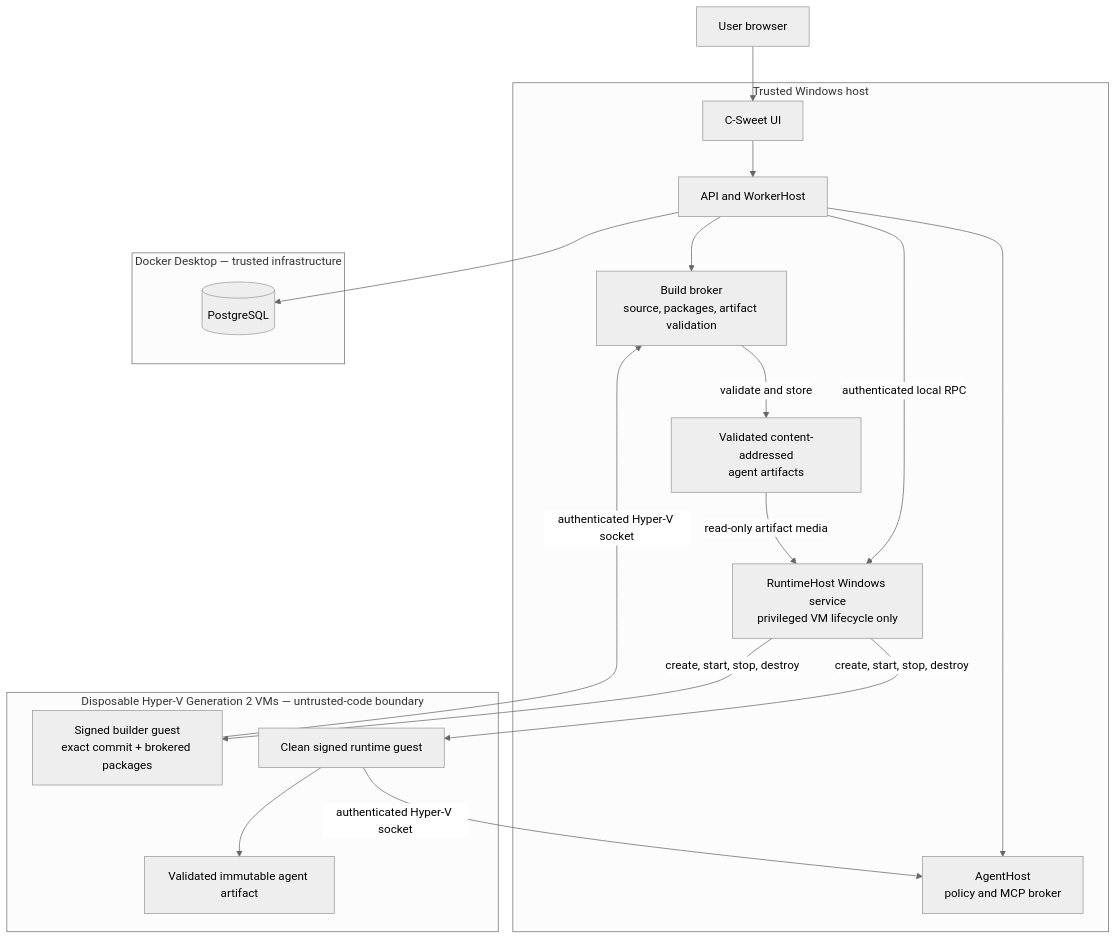
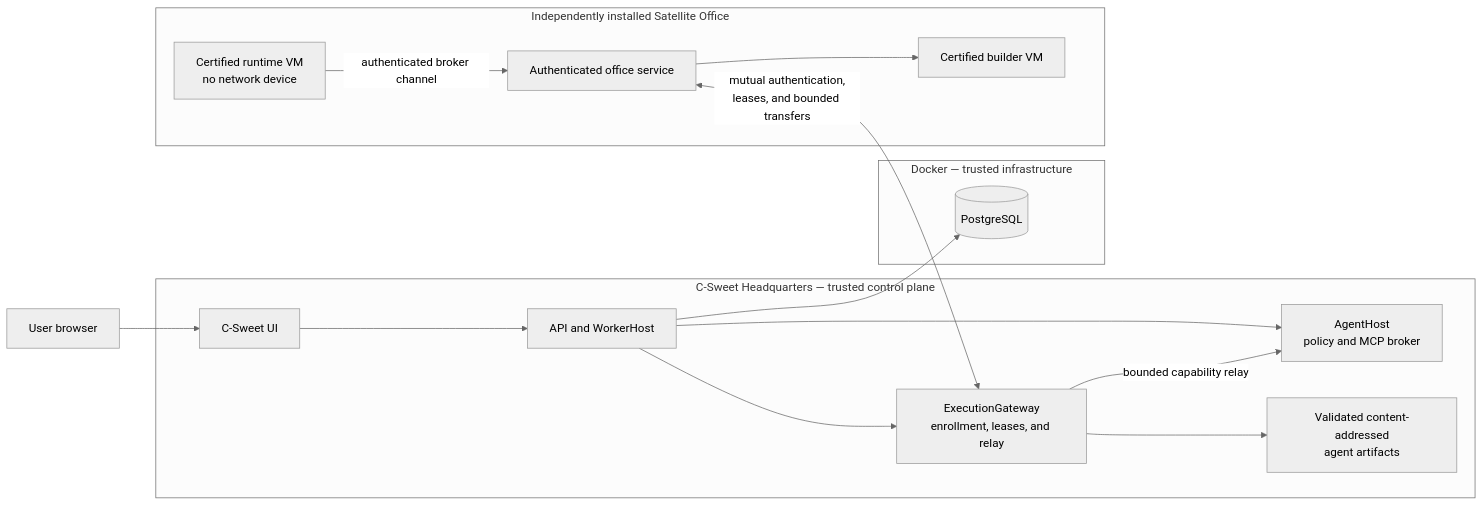
The second of 2 diagrams in README.md (CrosswiredStudios/C-Sweet), drawn with Mermaid (neutral theme) before and after one commit. The commit also changed other lines of this file and 9 other files, not shown here.

````diff
--- a/README.md
+++ b/README.md
@@ -174,36 +199,33 @@
 ```mermaid
-flowchart TB
+flowchart LR
     User["User browser"]
 
-    subgraph Host["Trusted Windows host"]
+    subgraph HQ["C-Sweet Headquarters — trusted control plane"]
         App["C-Sweet UI"]
         API["API and WorkerHost"]
         AgentHost["AgentHost<br/>policy and MCP broker"]
-        BuildBroker["Build broker<br/>source, packages, artifact validation"]
-        RuntimeHost["RuntimeHost Windows service<br/>privileged VM lifecycle only"]
+        Gateway["ExecutionGateway<br/>enrollment, leases, and relay"]
         ArtifactStore["Validated content-addressed<br/>agent artifacts"]
+        App --> API
+        API --> AgentHost
+        API --> Gateway
+        Gateway --> ArtifactStore
     end
 
-    subgraph Docker["Docker Desktop — trusted infrastructure"]
+    subgraph Docker["Docker — trusted infrastructure"]
         Postgres[("PostgreSQL")]
     end
 
-    subgraph HyperV["Disposable Hyper-V Generation 2 VMs — untrusted-code boundary"]
-        BuilderGuest["Signed builder guest<br/>exact commit + brokered packages"]
-        RuntimeGuest["Clean signed runtime guest"]
-        Agent["Validated immutable agent artifact"]
-        RuntimeGuest --> Agent
+    subgraph Office["Independently installed Satellite Office"]
+        OfficeService["Authenticated office service"]
+        BuilderGuest["Certified builder VM"]
+        RuntimeGuest["Certified runtime VM<br/>no network device"]
+        OfficeService --> BuilderGuest
+        RuntimeGuest -->|"authenticated broker channel"| OfficeService
     end
 
-    User --> App --> API
+    User --> App
     API --> Postgres
-    API --> AgentHost
-    API --> BuildBroker
-    API -->|"authenticated local RPC"| RuntimeHost
-    RuntimeHost -->|"create, start, stop, destroy"| BuilderGuest
-    RuntimeHost -->|"create, start, stop, destroy"| RuntimeGuest
-    BuilderGuest -->|"authenticated Hyper-V socket"| BuildBroker
-    BuildBroker -->|"validate and store"| ArtifactStore
-    ArtifactStore -->|"read-only artifact media"| RuntimeHost
-    RuntimeGuest -->|"authenticated Hyper-V socket"| AgentHost
+    OfficeService <-->|"mutual authentication,<br/>leases, and bounded transfers"| Gateway
+    Gateway -->|"bounded capability relay"| AgentHost
 ```
````
